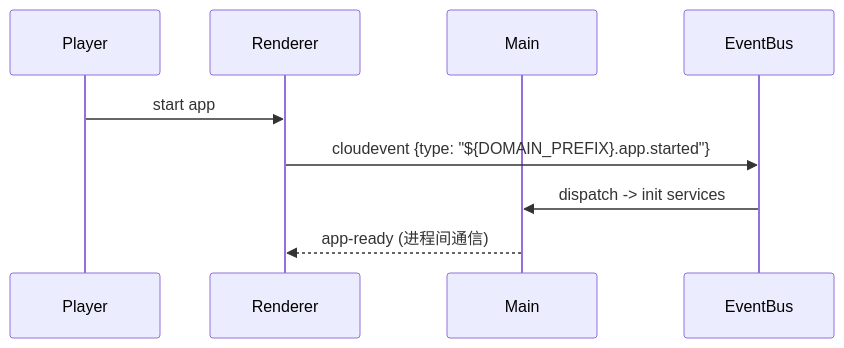
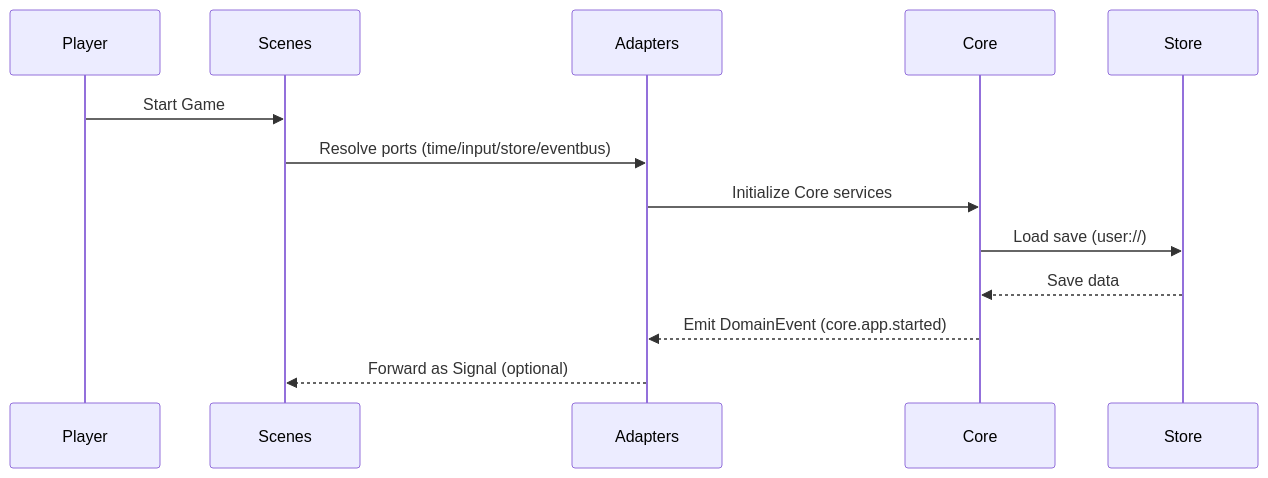
One commit to skyoxu/rouge changed the third of 3 diagrams in docs/architecture/base/04-system-context-c4-event-flows-v2.md. Above: the diagram before and after it, drawn with Mermaid. The commit also changed other lines of this file and 151 other files, not shown here.

````diff
--- a/docs/architecture/base/04-system-context-c4-event-flows-v2.md
+++ b/docs/architecture/base/04-system-context-c4-event-flows-v2.md
@@ -178,11 +109,16 @@
 ```mermaid
 sequenceDiagram
   participant Player
-  participant UI as Renderer
-  participant Main
-  participant Bus as EventBus
-  Player->>UI: start app
-  UI->>Bus: cloudevent {type: "${DOMAIN_PREFIX}.app.started"}
-  Bus->>Main: dispatch -> init services
-  Main-->>UI: app-ready (进程间通信)
+  participant Scenes
+  participant Adapters
+  participant Core
+  participant Store
+
+  Player->>Scenes: Start Game
+  Scenes->>Adapters: Resolve ports (time/input/store/eventbus)
+  Adapters->>Core: Initialize Core services
+  Core->>Store: Load save (user://)
+  Store-->>Core: Save data
+  Core-->>Adapters: Emit DomainEvent (core.app.started)
+  Adapters-->>Scenes: Forward as Signal (optional)
 ```
````
